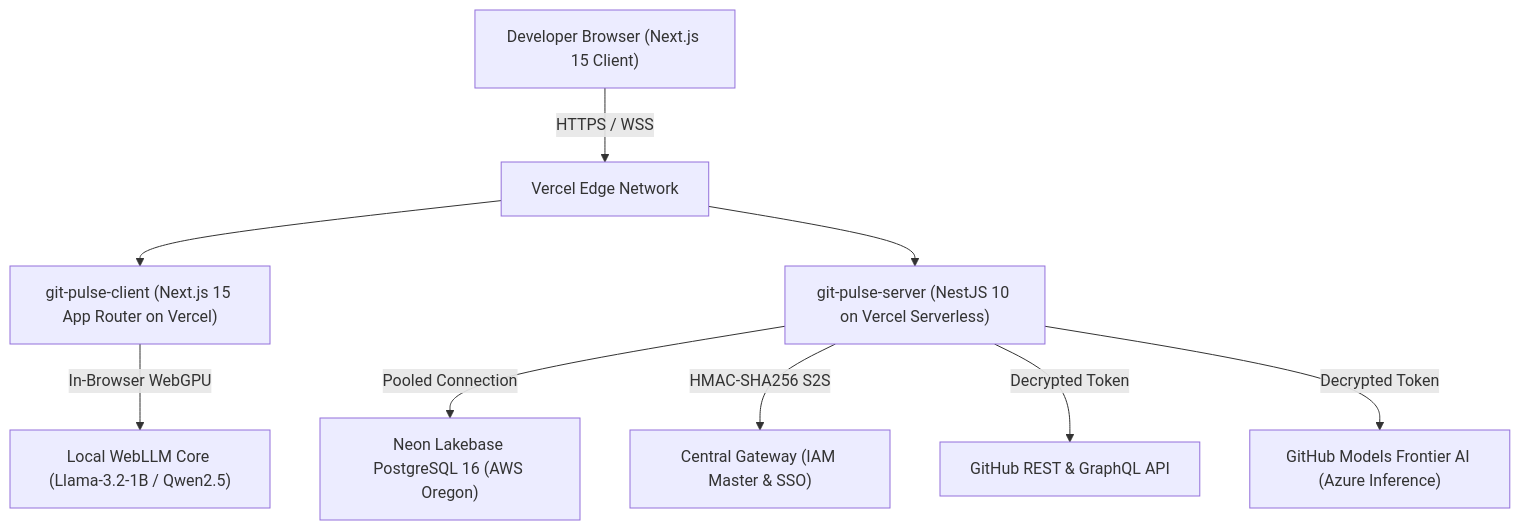
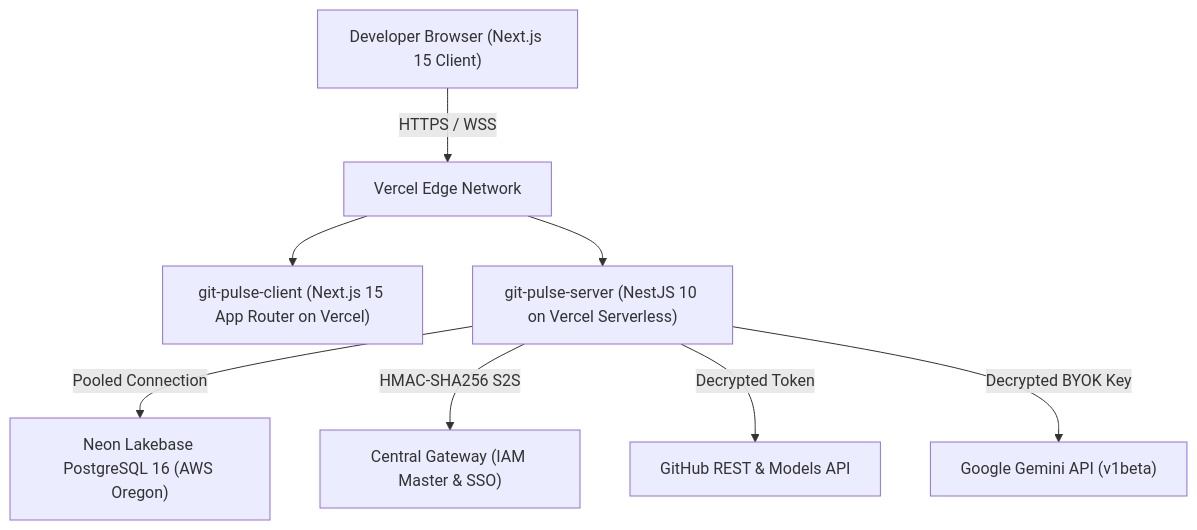
The diagram in docs/git-pulse/architecture.md (thanhba0505/prism-hub), drawn with Mermaid before and after one commit. The commit also changed other lines of this file and 4 other files, not shown here.

Commit message:
feat(git-pulse): update submodule and docs for Gemini BYOK vault and availability checks

````diff
--- a/docs/git-pulse/architecture.md
+++ b/docs/git-pulse/architecture.md
@@ -5,11 +5,10 @@
 ```mermaid
 graph TD
     User["Developer Browser (Next.js 15 Client)"] -->|HTTPS / WSS| Edge["Vercel Edge Network"]
     Edge --> ClientApp["git-pulse-client (Next.js 15 App Router on Vercel)"]
     Edge --> ServerAPI["git-pulse-server (NestJS 10 on Vercel Serverless)"]
     ServerAPI -->|Pooled Connection| NeonDB["Neon Lakebase PostgreSQL 16 (AWS Oregon)"]
     ServerAPI -->|HMAC-SHA256 S2S| Gateway["Central Gateway (IAM Master & SSO)"]
-    ClientApp -->|In-Browser WebGPU| WebLLM["Local WebLLM Core (Llama-3.2-1B / Qwen2.5)"]
-    ServerAPI -->|Decrypted Token| GitHubAPI["GitHub REST & GraphQL API"]
-    ServerAPI -->|Decrypted Token| GitHubModels["GitHub Models Frontier AI (Azure Inference)"]
+    ServerAPI -->|Decrypted Token| GitHubAPI["GitHub REST & Models API"]
+    ServerAPI -->|Decrypted BYOK Key| GeminiAPI["Google Gemini API (v1beta)"]
 ```
````
